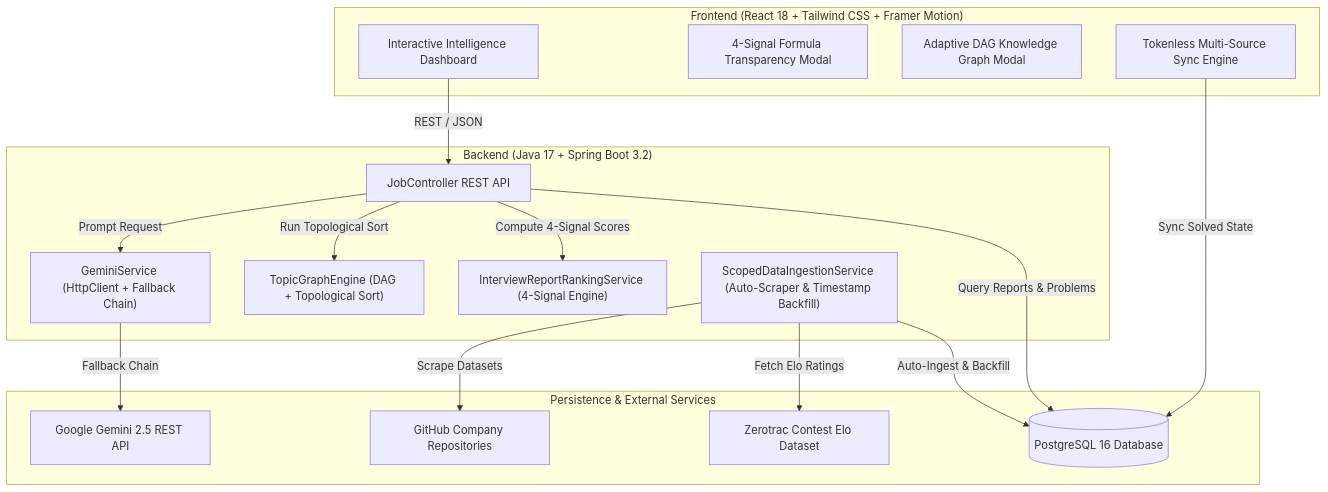
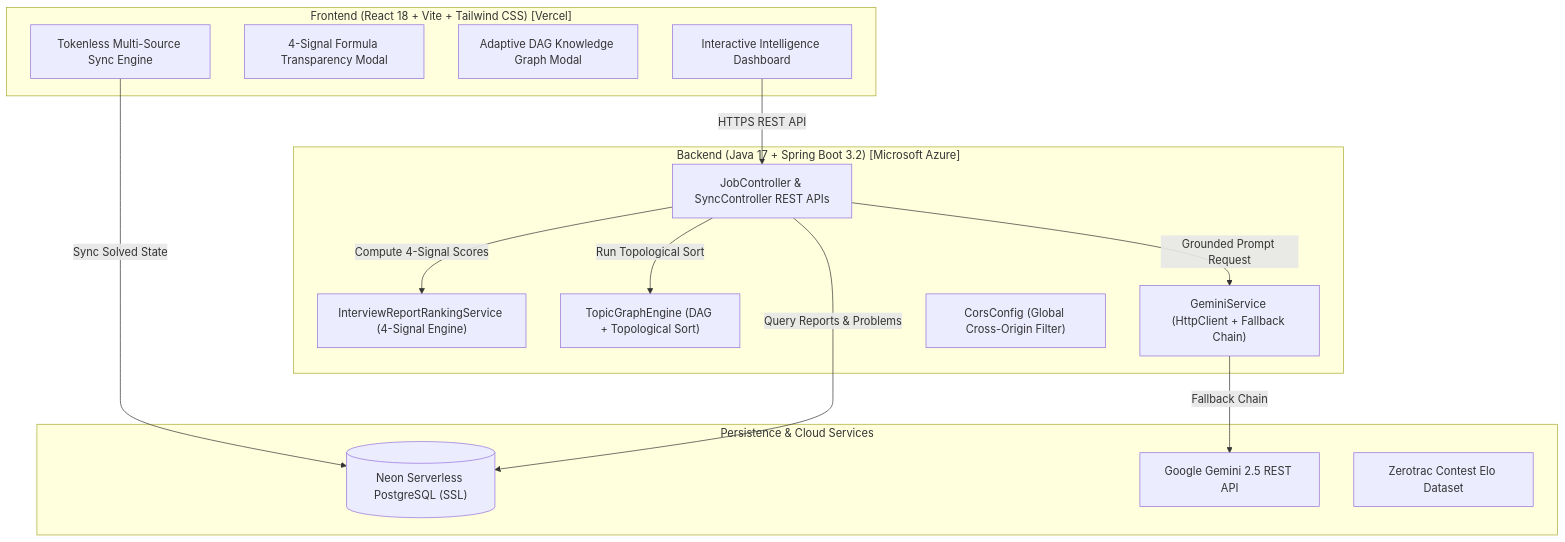
Before and after one commit to 1himanshu1804442/prepintel: the diagram in README.md, drawn with Mermaid. The commit also changed other lines of this file and 1 other file, not shown here.

````diff
--- a/README.md
+++ b/README.md
@@ -98,35 +96,31 @@
 ```mermaid
 flowchart TD
-    subgraph Client["Frontend (React 18 + Tailwind CSS + Framer Motion)"]
+    subgraph Client["Frontend (React 18 + Vite + Tailwind CSS) [Vercel]"]
         UI["Interactive Intelligence Dashboard"]
         ConfidenceModal["4-Signal Formula Transparency Modal"]
         GraphModal["Adaptive DAG Knowledge Graph Modal"]
         SyncModule["Tokenless Multi-Source Sync Engine"]
     end
 
-    subgraph Server["Backend (Java 17 + Spring Boot 3.2)"]
-        Controller["JobController REST API"]
+    subgraph Server["Backend (Java 17 + Spring Boot 3.2) [Microsoft Azure]"]
+        Controller["JobController & SyncController REST APIs"]
         RankingSvc["InterviewReportRankingService (4-Signal Engine)"]
         GraphEngine["TopicGraphEngine (DAG + Topological Sort)"]
         GeminiSvc["GeminiService (HttpClient + Fallback Chain)"]
-        Seeder["ScopedDataIngestionService (Auto-Scraper & Timestamp Backfill)"]
+        Cors["CorsConfig (Global Cross-Origin Filter)"]
     end
 
-    subgraph Data["Persistence & External Services"]
-        DB[("PostgreSQL 16 Database")]
+    subgraph Data["Persistence & Cloud Services"]
+        DB[("Neon Serverless PostgreSQL (SSL)")]
         GeminiAPI["Google Gemini 2.5 REST API"]
         Zerotrac["Zerotrac Contest Elo Dataset"]
-        GitHubScraper["GitHub Company Repositories"]
     end
 
-    UI -->|REST / JSON| Controller
+    UI -->|HTTPS REST API| Controller
     Controller -->|Query Reports & Problems| DB
     Controller -->|Compute 4-Signal Scores| RankingSvc
     Controller -->|Run Topological Sort| GraphEngine
-    Controller -->|Prompt Request| GeminiSvc
+    Controller -->|Grounded Prompt Request| GeminiSvc
     GeminiSvc -->|Fallback Chain| GeminiAPI
     SyncModule -->|Sync Solved State| DB
-    Seeder -->|Auto-Ingest & Backfill| DB
-    Seeder -->|Fetch Elo Ratings| Zerotrac
-    Seeder -->|Scrape Datasets| GitHubScraper
 ```
````
